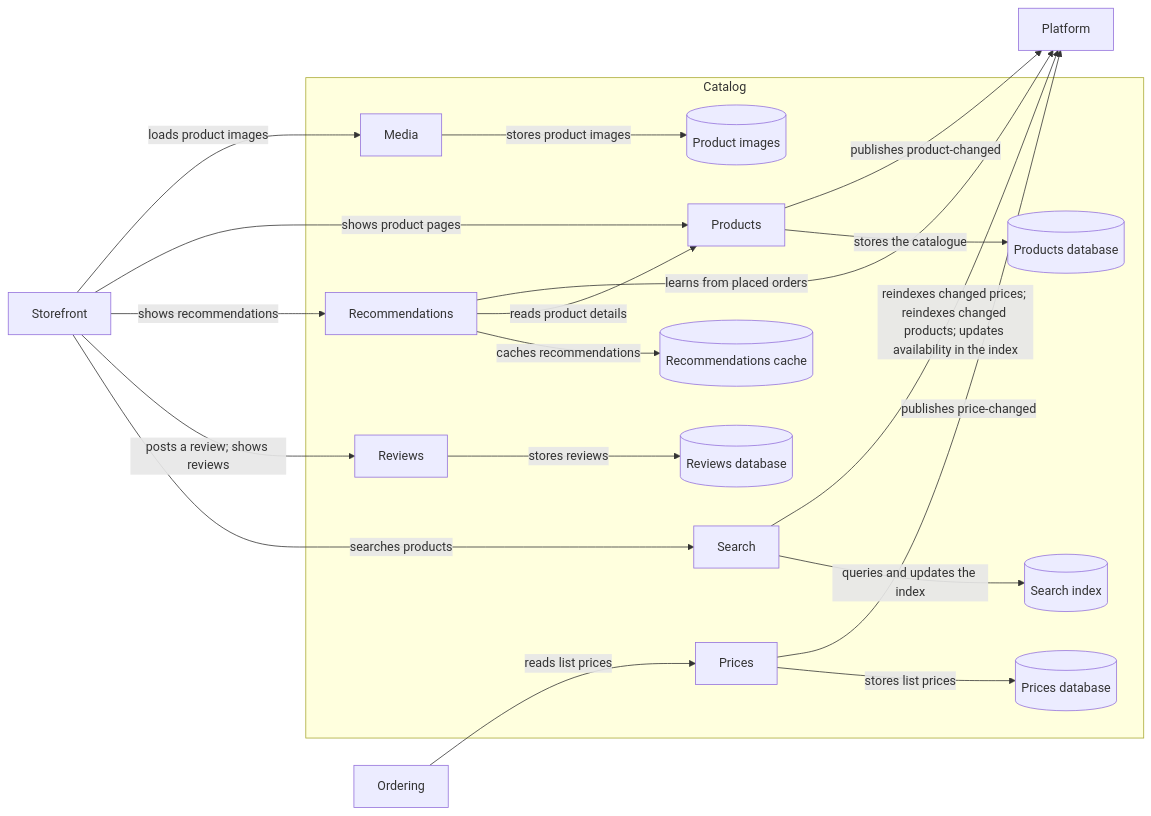
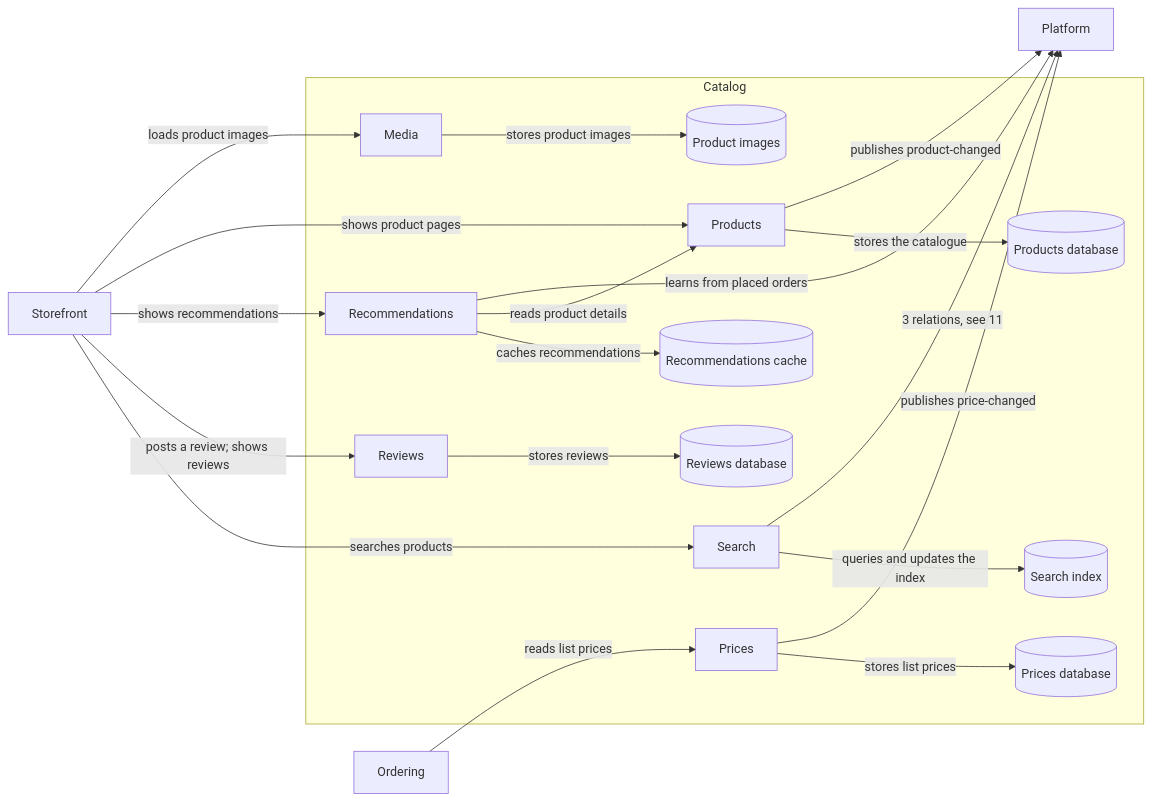
One commit to shady2k/madarch changed the diagram in examples/reference-system/views/mermaid/catalog.md. Above: the diagram before and after it, drawn with Mermaid. The commit also changed other lines of this file and 13 other files, not shown here.

````diff
--- a/examples/reference-system/views/mermaid/catalog.md
+++ b/examples/reference-system/views/mermaid/catalog.md
@@ -3,37 +3,37 @@
 ```mermaid
 flowchart LR
   subgraph catalog ["Catalog"]
     media_api["Media"]
     media_bucket[("Product images")]
     prices_api["Prices"]
     prices_db[("Prices database")]
     products_api["Products"]
     products_db[("Products database")]
     recommendations_api["Recommendations"]
     recommendations_cache[("Recommendations cache")]
     reviews_api["Reviews"]
     reviews_db[("Reviews database")]
     search_api["Search"]
     search_index[("Search index")]
   end
   ordering["Ordering"]
   platform["Platform"]
   storefront["Storefront"]
   media_api -->|"stores product images"| media_bucket
   ordering -->|"reads list prices"| prices_api
   prices_api -->|"publishes price-changed"| platform
   prices_api -->|"stores list prices"| prices_db
   products_api -->|"publishes product-changed"| platform
   products_api -->|"stores the catalogue"| products_db
   recommendations_api -->|"learns from placed orders"| platform
   recommendations_api -->|"reads product details"| products_api
   recommendations_api -->|"caches recommendations"| recommendations_cache
   reviews_api -->|"stores reviews"| reviews_db
-  search_api -->|"reindexes changed prices; reindexes changed products; updates availability in the index"| platform
+  search_api -->|"3 relations, see 11"| platform
   search_api -->|"queries and updates the index"| search_index
   storefront -->|"loads product images"| media_api
   storefront -->|"shows product pages"| products_api
   storefront -->|"shows recommendations"| recommendations_api
   storefront -->|"posts a review; shows reviews"| reviews_api
   storefront -->|"searches products"| search_api
 ```
````
